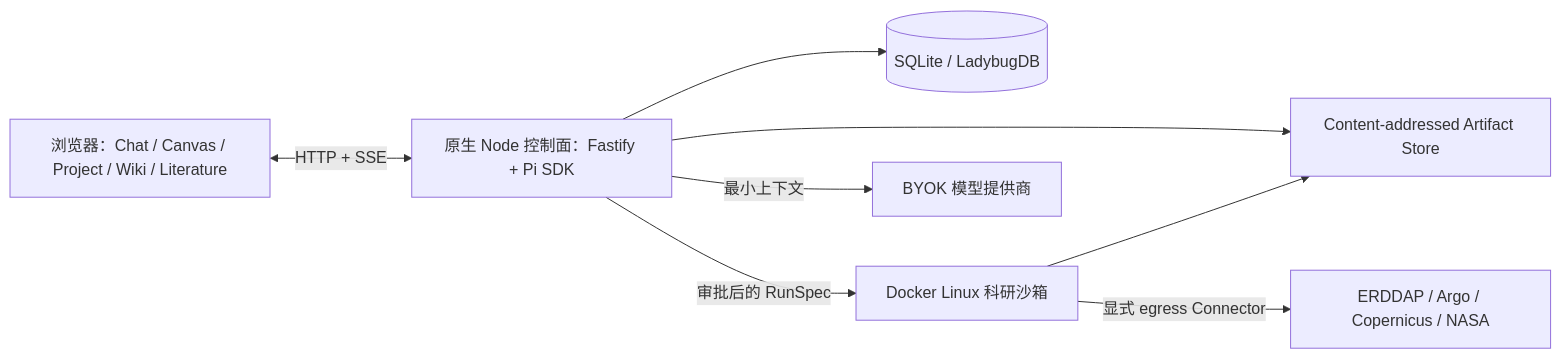
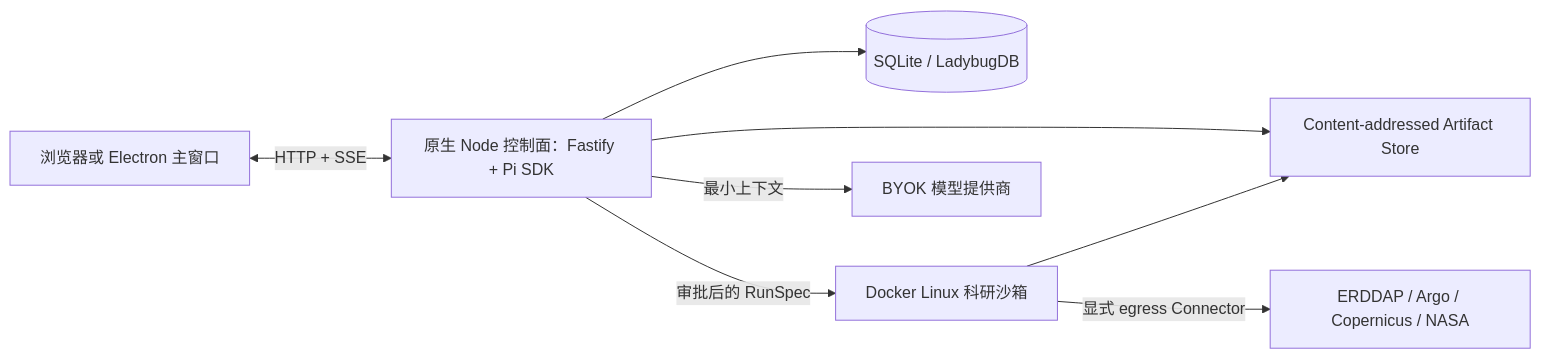
The first of 2 diagrams in docs/architecture/deployment.md (MiniLaba/xiling-os), drawn with Mermaid before and after one commit. The commit also changed other lines of this file and 57 other files, not shown here.

````diff
--- a/docs/architecture/deployment.md
+++ b/docs/architecture/deployment.md
@@ -5,18 +5,18 @@
 ```mermaid
 flowchart LR
-  Browser["浏览器：Chat / Canvas / Project / Wiki / Literature"]
+  Browser["浏览器或 Electron 主窗口"]
   Server["原生 Node 控制面：Fastify + Pi SDK"]
   DB[("SQLite / LadybugDB")]
   Store["Content-addressed Artifact Store"]
   Sandbox["Docker Linux 科研沙箱"]
   Providers["BYOK 模型提供商"]
   Sources["ERDDAP / Argo / Copernicus / NASA"]
 
   Browser <-->|"HTTP + SSE"| Server
   Server --> DB
   Server --> Store
   Server -->|"审批后的 RunSpec"| Sandbox
   Server -->|"最小上下文"| Providers
   Sandbox -->|"显式 egress Connector"| Sources
   Sandbox --> Store
 ```
````
